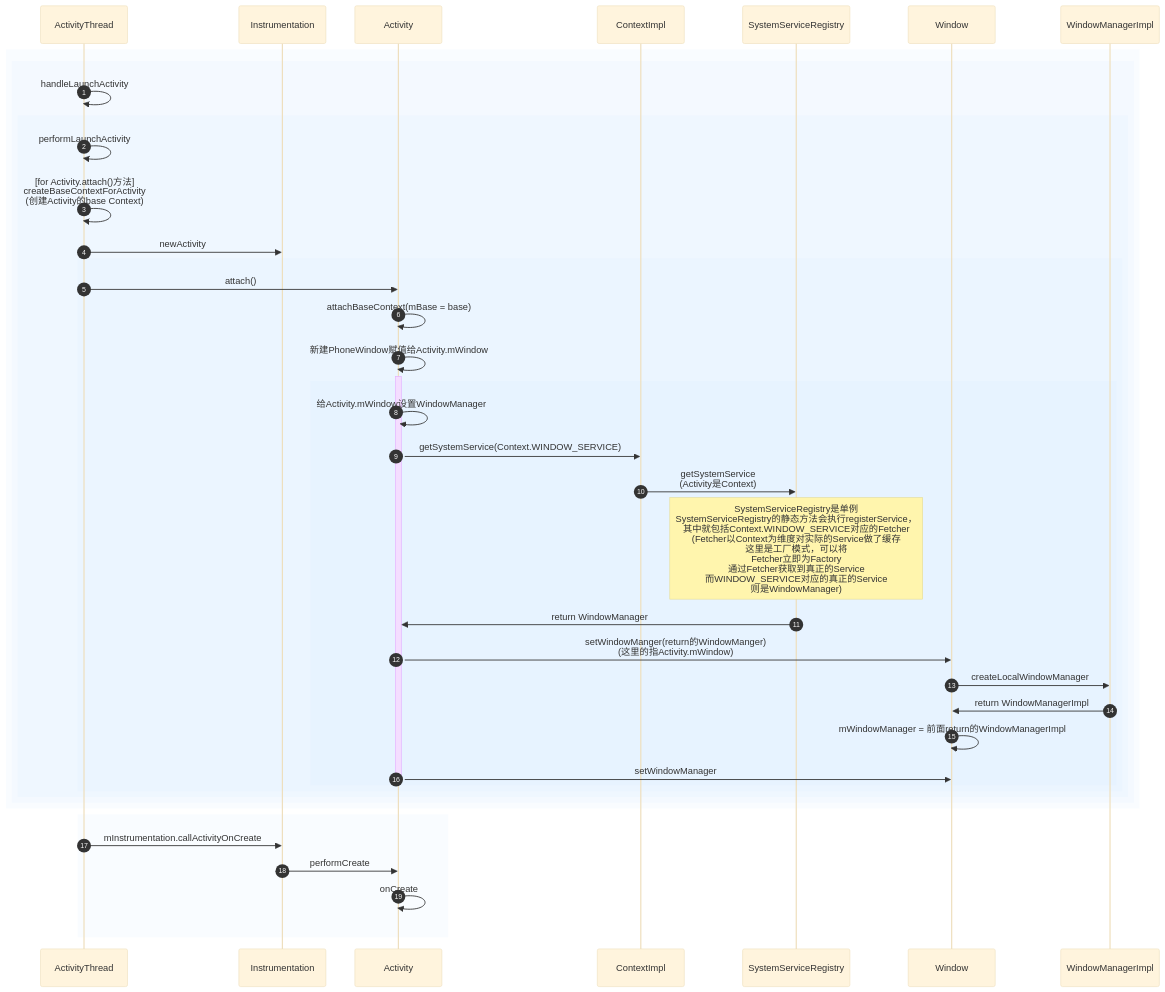
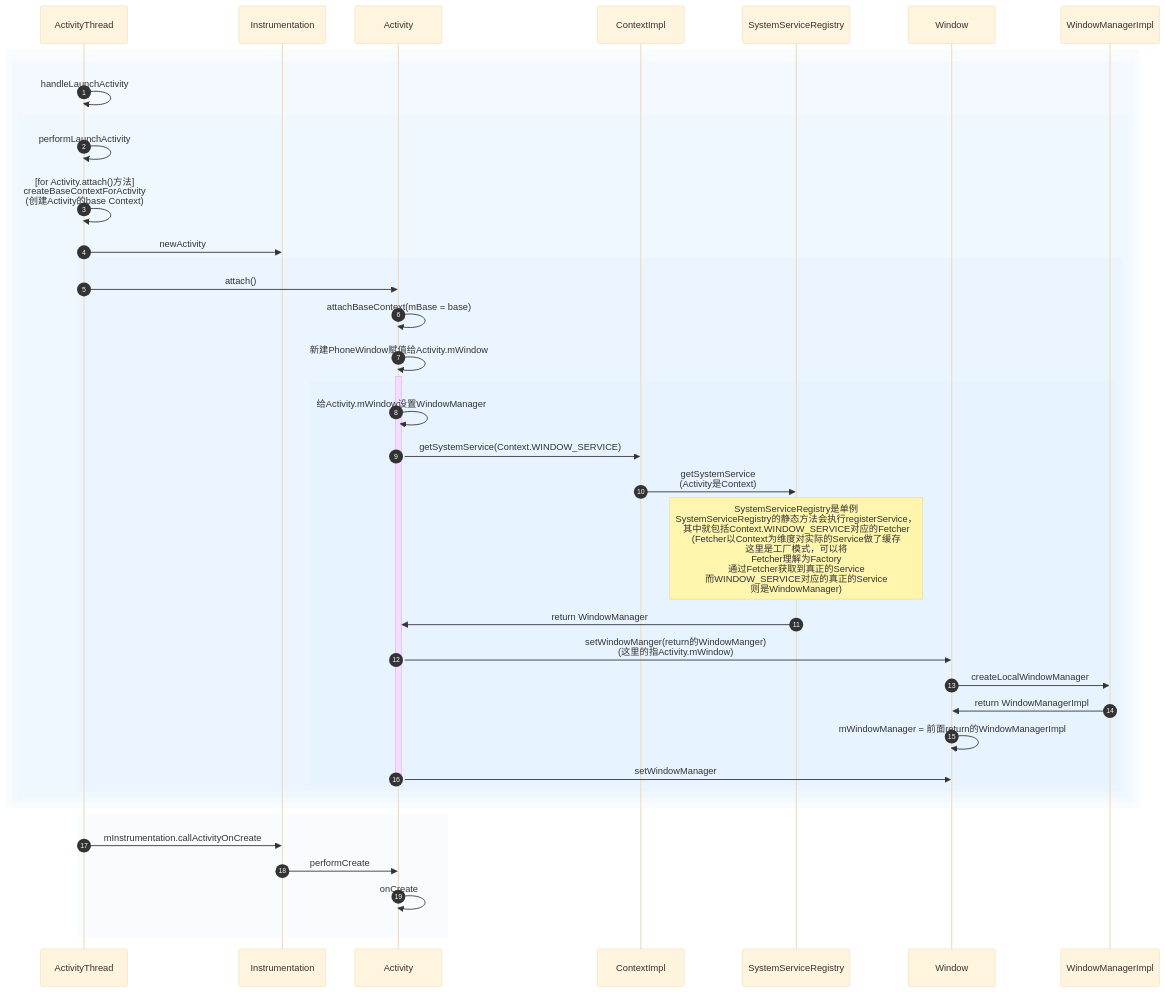
One commit to swithun-liu/swithun-liu.github.io changed the fourth of 6 diagrams in source/_posts/Android/Android窗口机制.md. Above: the diagram before and after it, drawn with Mermaid (base theme). The commit also changed other lines of this file, not shown here.

````diff
--- a/source/_posts/Android/Android窗口机制.md
+++ b/source/_posts/Android/Android窗口机制.md
@@ -1313,36 +117,36 @@
 ```mermaid
 sequenceDiagram
 autonumber
 rect rgba(191, 223, 255, .1) 
     rect rgba(191, 223, 255, .1) 
         ActivityThread ->> ActivityThread: handleLaunchActivity
         rect rgba(191, 223, 255, .1) 
             ActivityThread ->> ActivityThread: performLaunchActivity
             ActivityThread ->> ActivityThread: [for Activity.attach()方法]<br>createBaseContextForActivity<br>(创建Activity的base Context)
             ActivityThread ->> Instrumentation: newActivity
             rect rgba(191, 223, 255, .1) 
                 ActivityThread ->> Activity: attach()
                 Activity ->> Activity: attachBaseContext(mBase = base)
                 Activity ->> +Activity: 新建PhoneWindow赋值给Activity.mWindow
                 rect rgba(191, 223, 255, .1) 
                     Activity ->> Activity: 给Activity.mWindow设置WindowManager
                     Activity ->> ContextImpl: getSystemService(Context.WINDOW_SERVICE)
                     ContextImpl ->> SystemServiceRegistry: getSystemService<br>(Activity是Context)
-                    note over SystemServiceRegistry: SystemServiceRegistry是单例<br>SystemServiceRegistry的静态方法会执行registerService，<br>其中就包括Context.WINDOW_SERVICE对应的Fetcher<br>(Fetcher以Context为维度对实际的Service做了缓存<br>这里是工厂模式，可以将<br>Fetcher立即为Factory<br>通过Fetcher获取到真正的Service<br>而WINDOW_SERVICE对应的真正的Service<br>则是WindowManager)
+                    note over SystemServiceRegistry: SystemServiceRegistry是单例<br>SystemServiceRegistry的静态方法会执行registerService，<br>其中就包括Context.WINDOW_SERVICE对应的Fetcher<br>(Fetcher以Context为维度对实际的Service做了缓存<br>这里是工厂模式，可以将<br>Fetcher理解为Factory<br>通过Fetcher获取到真正的Service<br>而WINDOW_SERVICE对应的真正的Service<br>则是WindowManager)
                     SystemServiceRegistry ->> Activity: return WindowManager
                     Activity ->> Window: setWindowManger(return的WindowManger)<br>(这里的指Activity.mWindow)
                     Window ->> WindowManagerImpl: createLocalWindowManager
                     WindowManagerImpl ->> Window: return WindowManagerImpl
                     Window ->> Window: mWindowManager = 前面return的WindowManagerImpl
                     Activity ->> -Window: setWindowManager
                 end
             end
         end
     end
 end
 rect rgba(191, 223, 255, .1) 
 ActivityThread ->> Instrumentation: mInstrumentation.callActivityOnCreate
 Instrumentation ->> Activity: performCreate
 Activity ->> Activity: onCreate
 end
 ```
````
